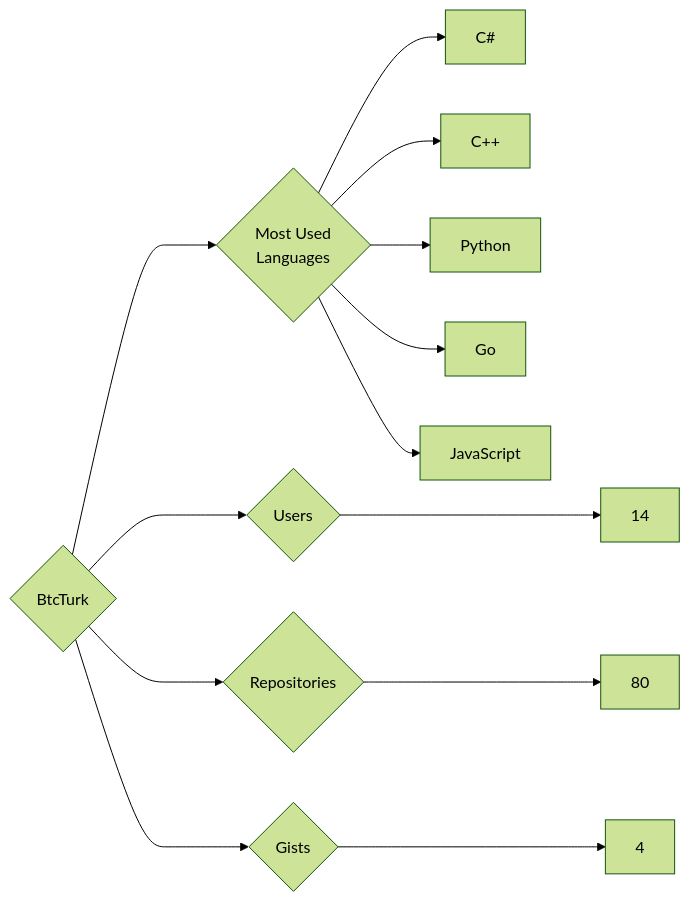
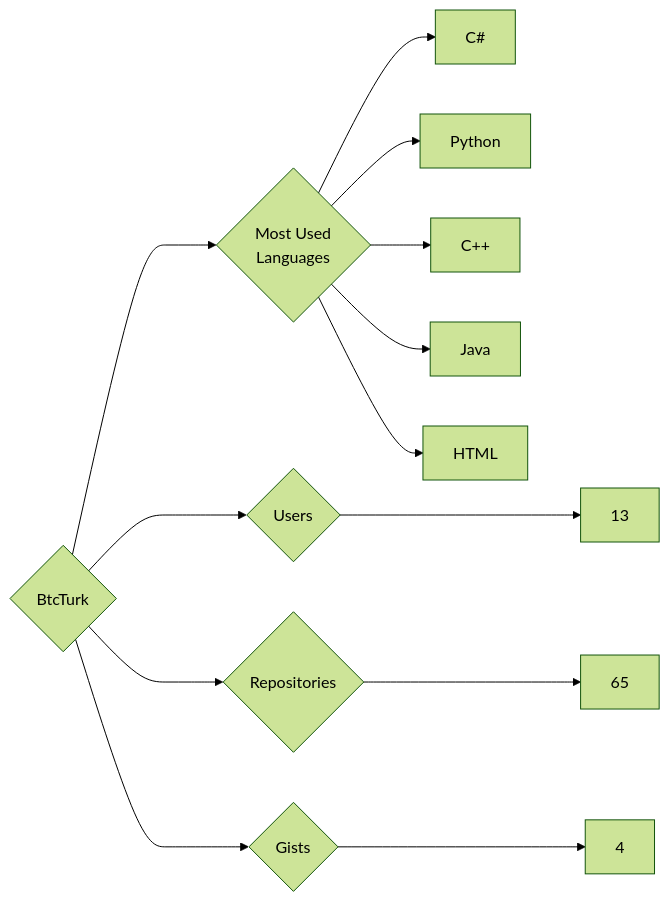
Before and after one commit to trickest/insiders: the diagram in targets/BtcTurk/README.md, drawn with Mermaid (forest theme). The commit also changed 900 other files, not shown here.

````diff
--- a/targets/BtcTurk/README.md
+++ b/targets/BtcTurk/README.md
@@ -3,13 +3,13 @@
 ```mermaid
 graph LR
 COMPANY_NAME{BtcTurk}
-COMPANY_NAME ---> U{Users} ---> UN[14]
-COMPANY_NAME ---> R{Repositories} ---> RN[80]
+COMPANY_NAME ---> U{Users} ---> UN[13]
+COMPANY_NAME ---> R{Repositories} ---> RN[65]
 COMPANY_NAME ---> G{Gists} ---> GN[4]
 COMPANY_NAME ---> ML{Most Used<br>Languages}
 ML --> C#[C#]
+ML --> Python[Python]
 ML --> C++[C++]
-ML --> Python[Python]
-ML --> Go[Go]
-ML --> JavaScript[JavaScript]
+ML --> Java[Java]
+ML --> HTML[HTML]
 ```
````
